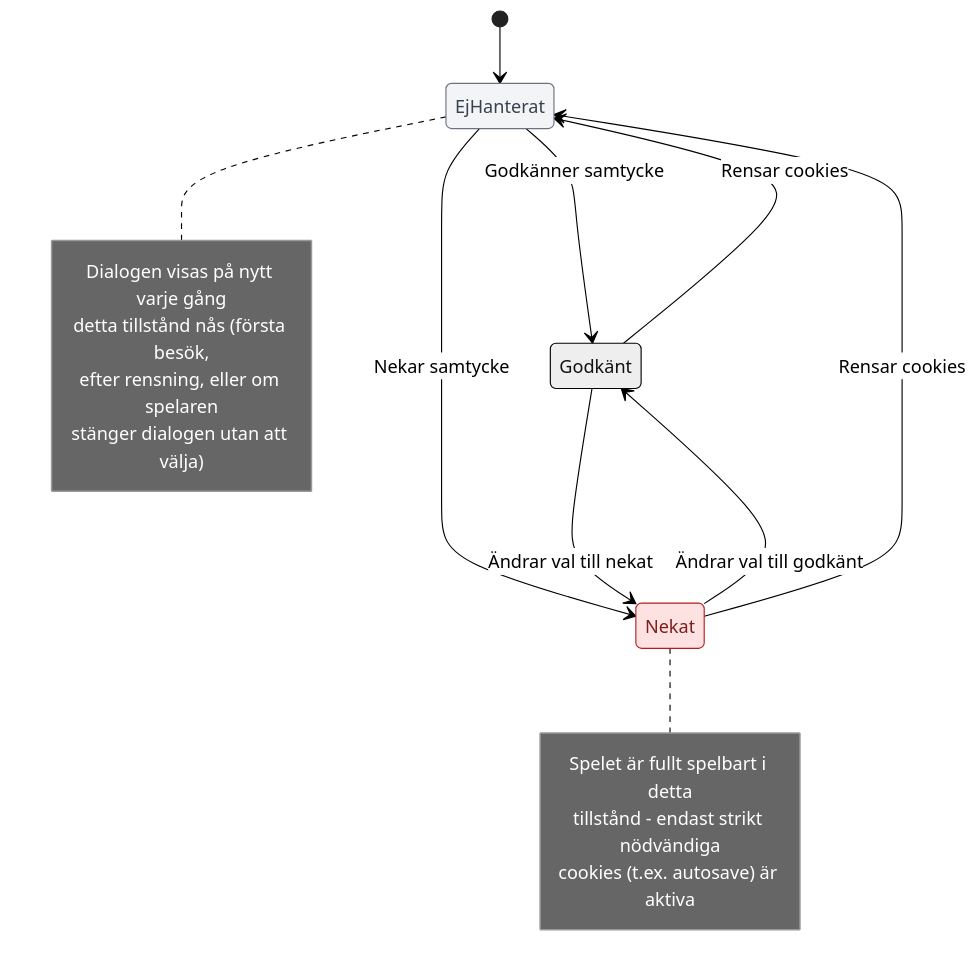
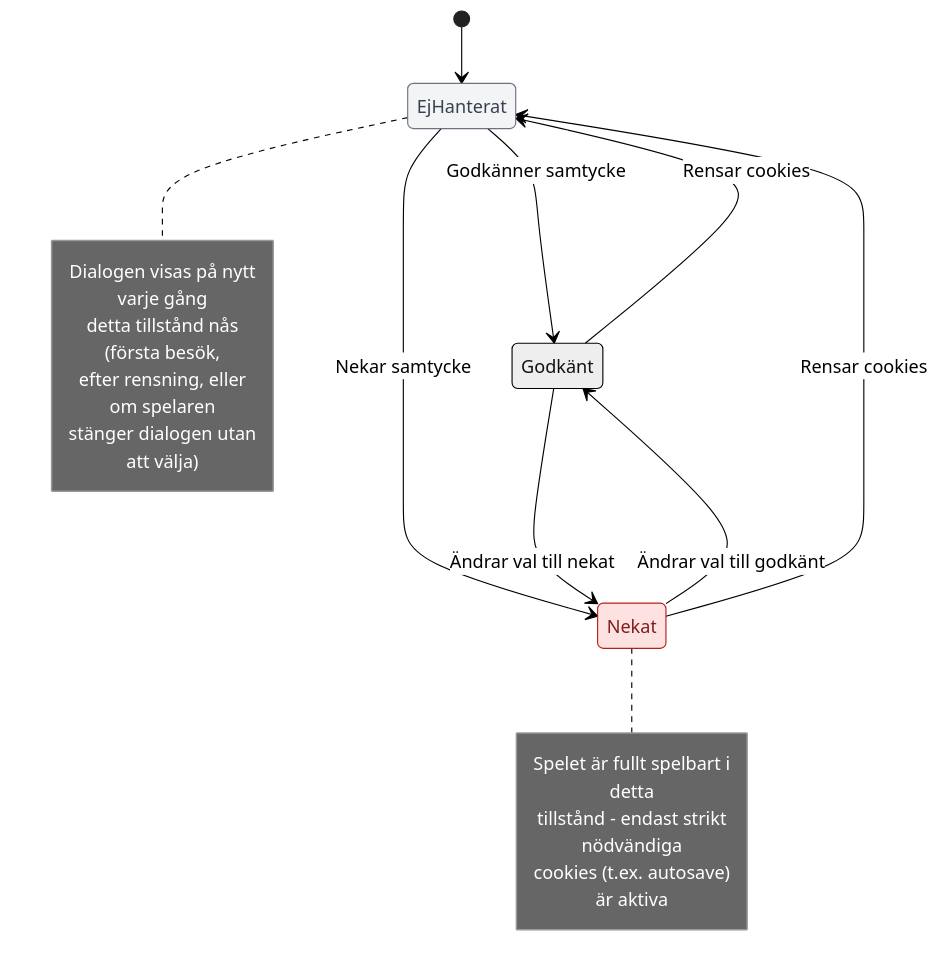
The first of 2 diagrams in docs/requirements/08-diagram.md (S470-crypto/Grupp-3-Projektarbete), drawn with Mermaid (neutral theme) before and after one commit. The commit also changed other lines of this file, not shown here.

Commit message:
readability

````diff
--- a/docs/requirements/08-diagram.md
+++ b/docs/requirements/08-diagram.md
@@ -13,32 +13,39 @@
 ```mermaid
 %% Täcker use cases: UC-17 (Godkänn samtycke till cookies), UC-18 (Neka samtycke till cookies), UC-19 (Rensa cookies)
 stateDiagram-v2
     classDef neutral fill:#f3f4f6,stroke:#6b7280,color:#374151,stroke-width:1px
     classDef godkant fill:#dcfce7,stroke:#15803d,color:#14532d,stroke-width:1px
     classDef nekat fill:#fee2e2,stroke:#b91c1c,color:#7f1d1d,stroke-width:1px
  
     [*] --> EjHanterat
     EjHanterat --> Godkänt : Godkänner samtycke
     EjHanterat --> Nekat : Nekar samtycke
     Godkänt --> Nekat : Ändrar val till nekat
     Nekat --> Godkänt : Ändrar val till godkänt
     Godkänt --> EjHanterat : Rensar cookies
     Nekat --> EjHanterat : Rensar cookies
  
     class EjHanterat neutral
     class Godkänt godkant
     class Nekat nekat
  
     note right of EjHanterat
-        Dialogen visas på nytt varje gång
-        detta tillstånd nås (första besök,
-        efter rensning, eller om spelaren
-        stänger dialogen utan att välja)
+        Dialogen visas på nytt
+varje gång
+        detta tillstånd nås
+(första besök,
+        efter rensning, eller
+om spelaren
+        stänger dialogen utan
+att välja)
     end note
  
     note right of Nekat
-        Spelet är fullt spelbart i detta
-        tillstånd - endast strikt nödvändiga
-        cookies (t.ex. autosave) är aktiva
+        Spelet är fullt spelbart i
+ detta
+        tillstånd - endast strikt
+ nödvändiga
+        cookies (t.ex. autosave)
+är aktiva
     end note
 ```
````
